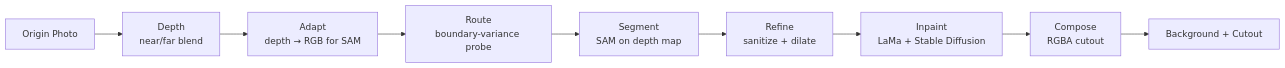
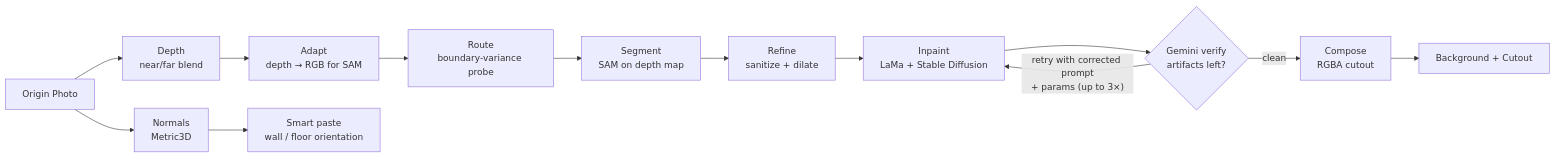
One commit to 1mache/avroom changed the first of 2 diagrams in README.md. Above: the diagram before and after it, drawn with Mermaid. The commit also changed other lines of this file, not shown here.

````diff
--- a/README.md
+++ b/README.md
@@ -46,11 +54,15 @@
 ```mermaid
 flowchart LR
-    A[Origin Photo] --> B[Depth\nnear/far blend]
-    B --> C[Adapt\ndepth → RGB for SAM]
-    C --> D[Route\nboundary-variance probe]
-    D --> E[Segment\nSAM on depth map]
-    E --> F[Refine\nsanitize + dilate]
-    F --> G[Inpaint\nLaMa + Stable Diffusion]
-    G --> H[Compose\nRGBA cutout]
+    A[Origin Photo] --> B[Depth<br>near/far blend]
+    A --> N[Normals<br>Metric3D]
+    B --> C[Adapt<br>depth → RGB for SAM]
+    C --> D[Route<br>boundary-variance probe]
+    D --> E[Segment<br>SAM on depth map]
+    E --> F[Refine<br>sanitize + dilate]
+    F --> G[Inpaint<br>LaMa + Stable Diffusion]
+    G --> V{Gemini verify<br>artifacts left?}
+    V -- "retry with corrected prompt<br>+ params (up to 3×)" --> G
+    V -- clean --> H[Compose<br>RGBA cutout]
     H --> I[Background + Cutout]
+    N --> P[Smart paste<br>wall / floor orientation]
 ```
````
